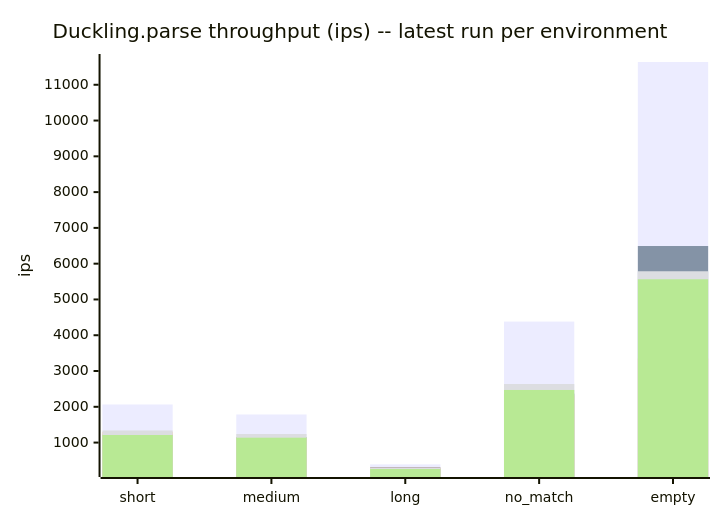
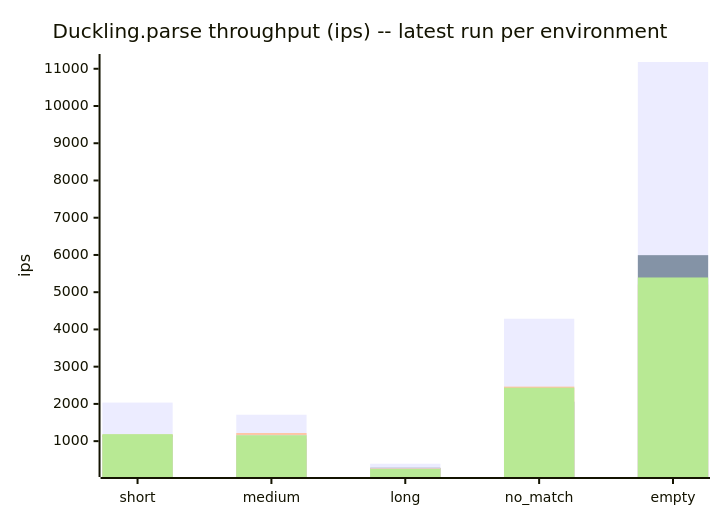
Before and after one commit to cpb/duckling: the sixth of 7 diagrams in docs/benchmarks/README.md, drawn with Mermaid. The commit also changed other lines of this file and 20 other files, not shown here.

````diff
--- a/docs/benchmarks/README.md
+++ b/docs/benchmarks/README.md
@@ -211,11 +211,11 @@
 ```mermaid
 xychart-beta
     title "Duckling.parse throughput (ips) -- latest run per environment"
     x-axis [short, medium, long, no_match, empty]
     y-axis "ips"
-    bar "github-actions" [2064.6, 1785.9, 391.5, 4382.0, 11636.2]
-    bar "claude-code-web" [1228.1, 1152.8, 308.1, 2368.1, 6493.4]
-    bar "local-3.3" [1294.7, 1136.9, 298.4, 2307.3, 3347.9]
-    bar "local-3.4" [1338.4, 1240.2, 291.2, 2636.8, 5788.3]
-    bar "local-4.0" [1211.9, 1136.8, 261.7, 2470.9, 5564.1]
+    bar "github-actions" [2035.5, 1709.8, 393.8, 4287.8, 11181.6]
+    bar "claude-code-web" [1154.4, 1064.6, 284.8, 2058.0, 5994.3]
+    bar "local-3.3" [1175.1, 1217.2, 273.9, 2464.0, 5206.5]
+    bar "local-3.4" [1116.0, 1168.6, 267.9, 2056.4, 4592.3]
+    bar "local-4.0" [1187.1, 1156.8, 252.0, 2435.1, 5395.4]
 ```
````
